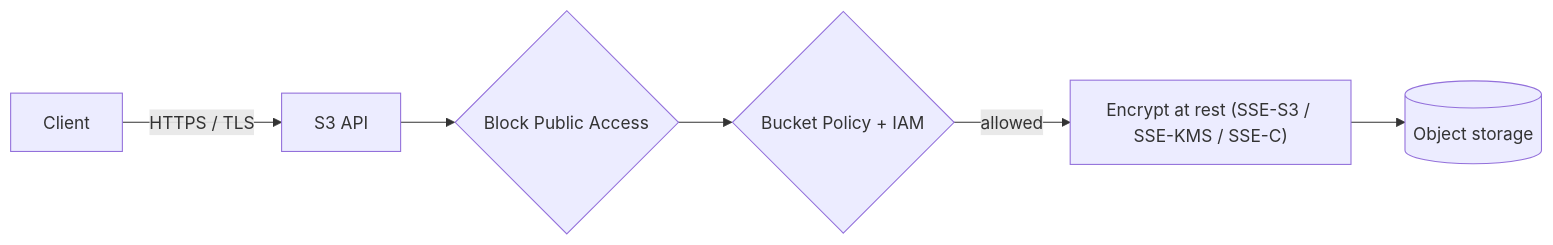
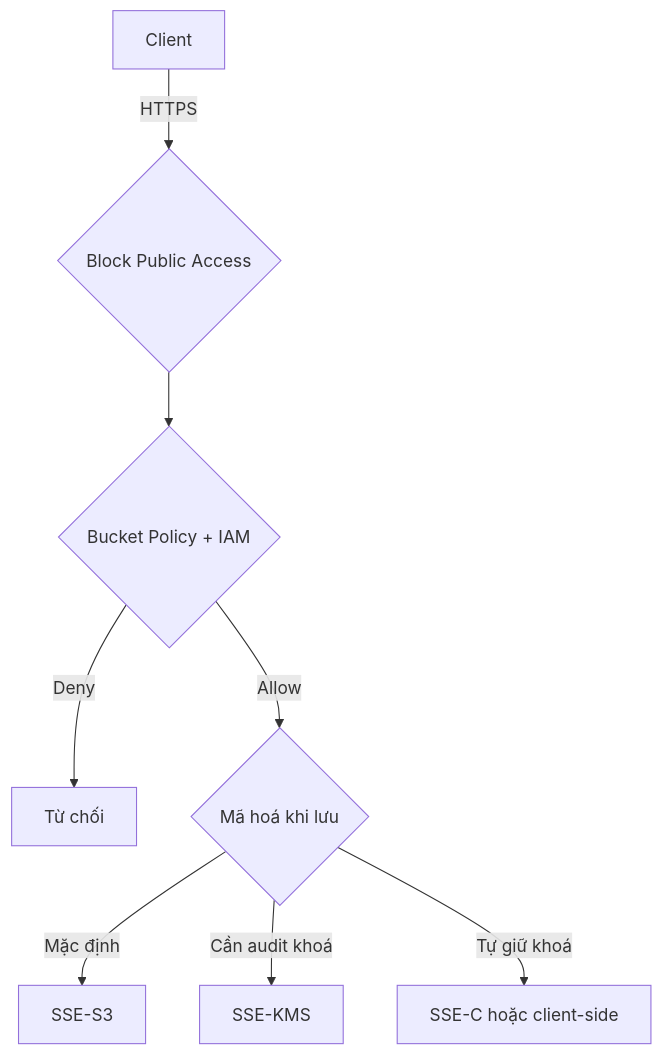
Before and after one commit to passion-Infinity/personal-tech-playbook: the diagram in src/assets/knowledge/playbooks/aws/s3-security-encryption.md, drawn with Mermaid. The commit also changed other lines of this file and 9 other files, not shown here.

First line of the commit message:
Deep-dive rewrite: IAM, S3 security/versioning/storage/performance, EC2 pricing; validator accepts 300-1100 words and flags missing diagrams

````diff
--- a/src/assets/knowledge/playbooks/aws/s3-security-encryption.md
+++ b/src/assets/knowledge/playbooks/aws/s3-security-encryption.md
@@ -29,8 +37,10 @@
 ```mermaid
-flowchart LR
-    C[Client] -->|HTTPS / TLS| S3[S3 API]
-    S3 --> BPA{Block Public Access}
+flowchart TD
+    C[Client] -->|HTTPS| BPA{Block Public Access}
     BPA --> P{Bucket Policy + IAM}
-    P -->|allowed| E["Encrypt at rest (SSE-S3 / SSE-KMS / SSE-C)"]
-    E --> D[(Object storage)]
+    P -->|Deny| X[Từ chối]
+    P -->|Allow| E{Mã hoá khi lưu}
+    E -->|Mặc định| S3K[SSE-S3]
+    E -->|Cần audit khoá| KMS[SSE-KMS]
+    E -->|Tự giữ khoá| C2[SSE-C hoặc client-side]
 ```
````
